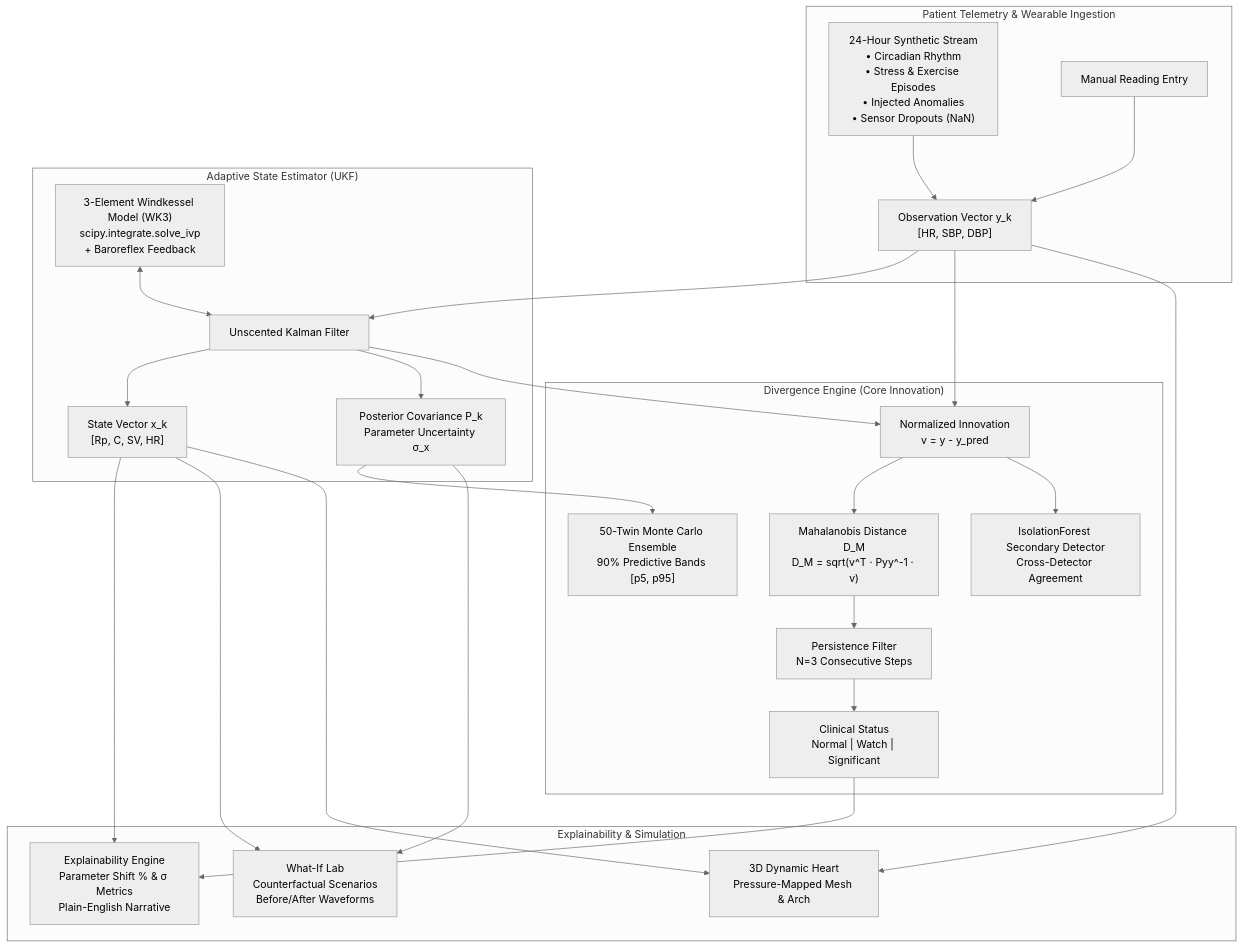
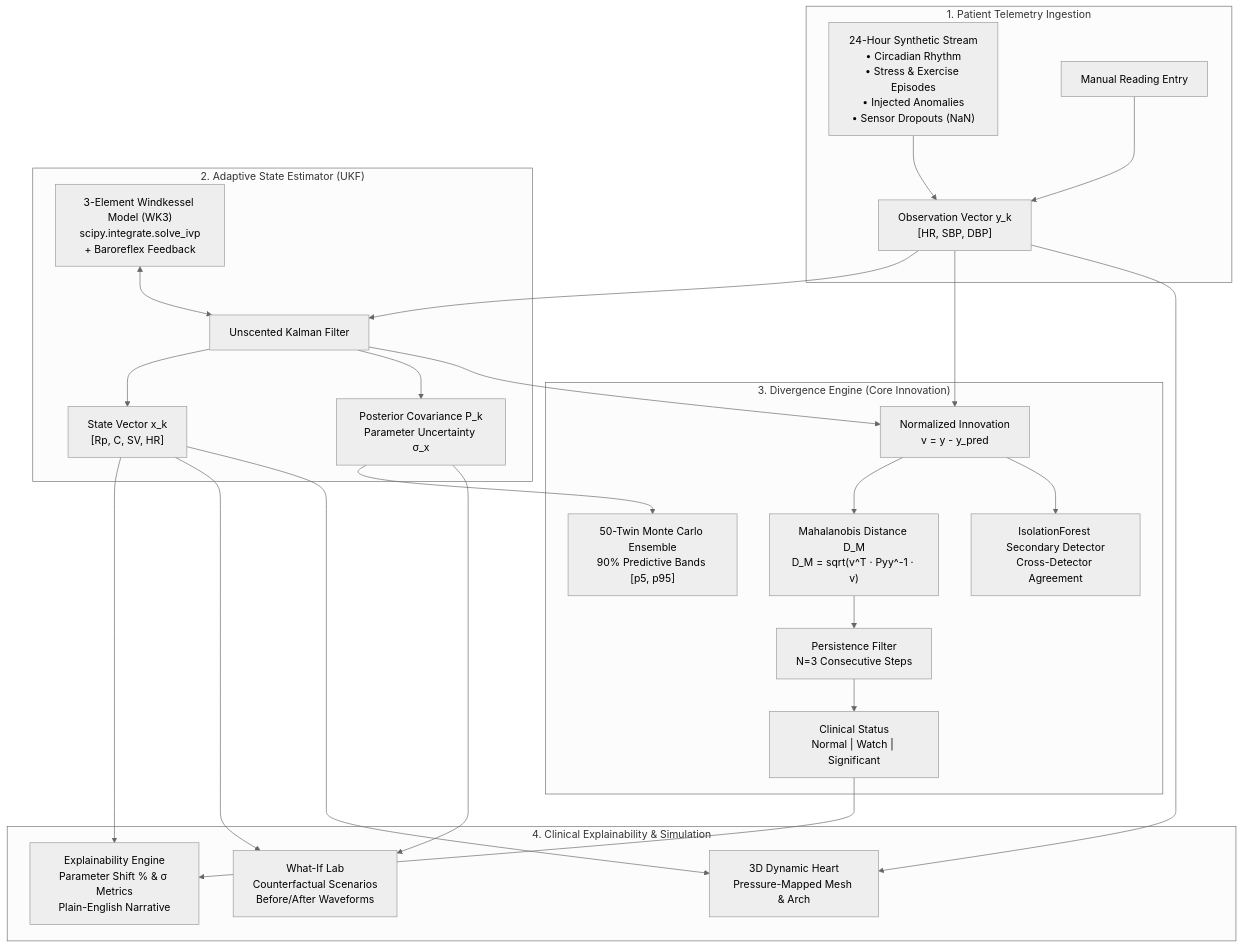
One commit to kanchanadoddaballapur-a11y/CardioTwin-X changed the diagram in README.md. Above: the diagram before and after it, drawn with Mermaid (neutral theme). The commit also changed other lines of this file and 6 other files, not shown here.

Commit message:
docs: update README with full submission details, add architecture diagram (PDF/PPT), presentation deck (PDF/PPT), and MIT license

````diff
--- a/README.md
+++ b/README.md
@@ -14,29 +218,29 @@
 ```mermaid
 flowchart TD
-    subgraph SENSORS["Patient Telemetry & Wearable Ingestion"]
+    subgraph SENSORS["1. Patient Telemetry Ingestion"]
         A["24-Hour Synthetic Stream<br/>• Circadian Rhythm<br/>• Stress & Exercise Episodes<br/>• Injected Anomalies<br/>• Sensor Dropouts (NaN)"] --> B["Observation Vector y_k<br/>[HR, SBP, DBP]"]
         M["Manual Reading Entry"] --> B
     end
 
-    subgraph ESTIMATOR["Adaptive State Estimator (UKF)"]
+    subgraph ESTIMATOR["2. Adaptive State Estimator (UKF)"]
         B --> C["Unscented Kalman Filter"]
         C --> D["State Vector x_k<br/>[Rp, C, SV, HR]"]
         E["3-Element Windkessel Model (WK3)<br/>scipy.integrate.solve_ivp<br/>+ Baroreflex Feedback"] <--> C
         C --> F["Posterior Covariance P_k<br/>Parameter Uncertainty σ_x"]
     end
 
-    subgraph DIVERGENCE["Divergence Engine (Core Innovation)"]
+    subgraph DIVERGENCE["3. Divergence Engine (Core Innovation)"]
         B & C --> G["Normalized Innovation<br/>v = y - y_pred"]
         G --> H["Mahalanobis Distance D_M<br/>D_M = sqrt(v^T · Pyy^-1 · v)"]
         H --> I["Persistence Filter<br/>N=3 Consecutive Steps"]
         I --> J["Clinical Status<br/>Normal | Watch | Significant"]
         F --> K["50-Twin Monte Carlo Ensemble<br/>90% Predictive Bands [p5, p95]"]
         G --> L["IsolationForest Secondary Detector<br/>Cross-Detector Agreement"]
     end
 
-    subgraph CLINICAL["Explainability & Simulation"]
+    subgraph CLINICAL["4. Clinical Explainability & Simulation"]
         D & J --> N["Explainability Engine<br/>Parameter Shift % & σ Metrics<br/>Plain-English Narrative"]
         D & F --> O["What-If Lab<br/>Counterfactual Scenarios<br/>Before/After Waveforms"]
         D & B --> P["3D Dynamic Heart<br/>Pressure-Mapped Mesh & Arch"]
     end
 ```
````
